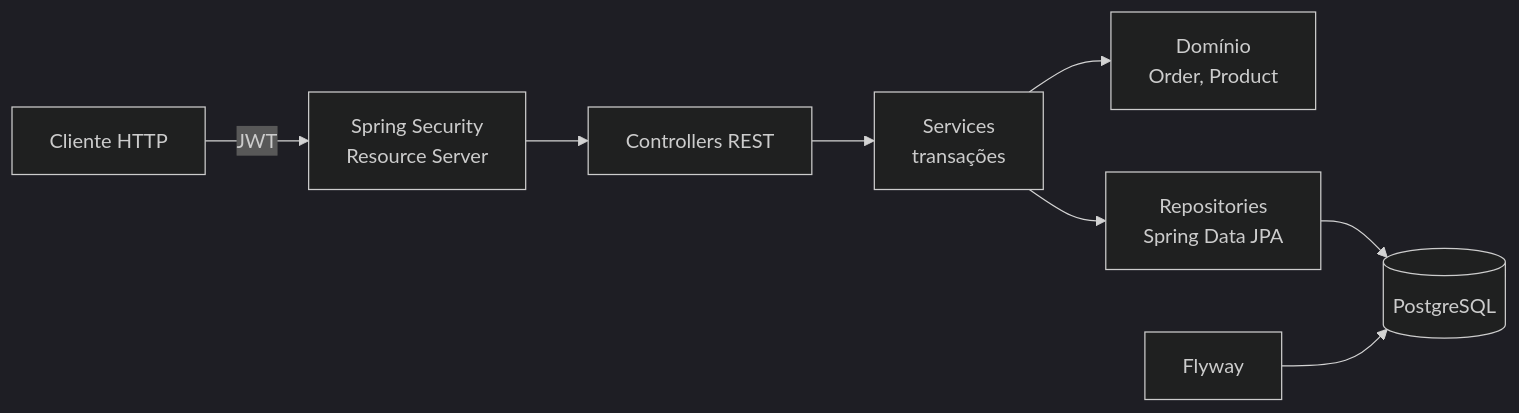
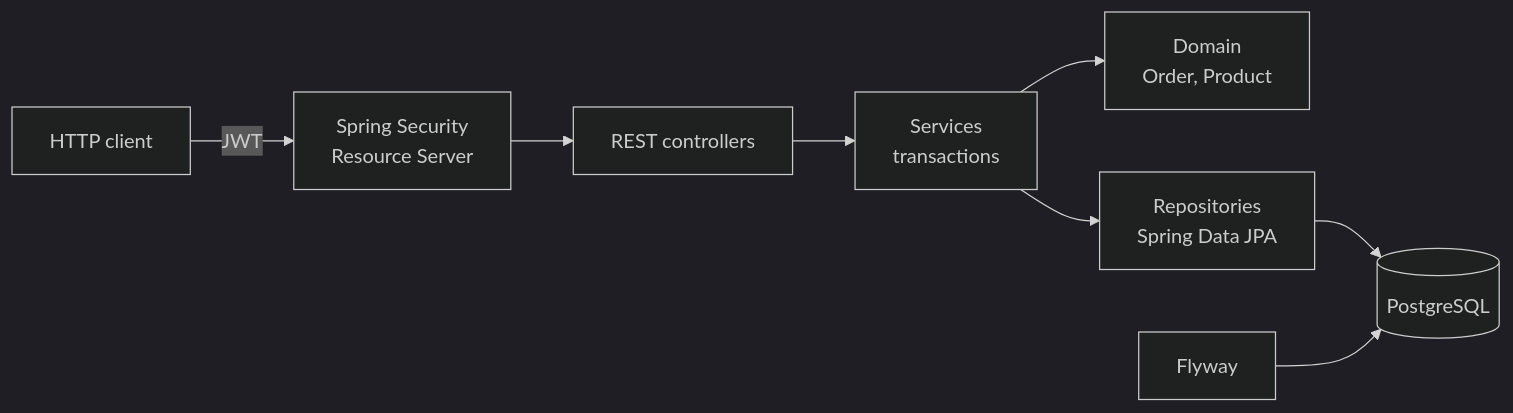
Before and after one commit to AndreSouzaTI/order-management-api: the diagram in README.md, drawn with Mermaid (dark theme). The commit also changed other lines of this file, not shown here.

````diff
--- a/README.md
+++ b/README.md
@@ -38,10 +38,10 @@
 ```mermaid
 flowchart LR
-    C[Cliente HTTP] -->|JWT| F[Spring Security<br/>Resource Server]
-    F --> W[Controllers REST]
-    W --> S[Services<br/>transações]
-    S --> D[Domínio<br/>Order, Product]
+    C[HTTP client] -->|JWT| F[Spring Security<br/>Resource Server]
+    F --> W[REST controllers]
+    W --> S[Services<br/>transactions]
+    S --> D[Domain<br/>Order, Product]
     S --> R[Repositories<br/>Spring Data JPA]
     R --> DB[(PostgreSQL)]
     M[Flyway] --> DB
 ```
````
